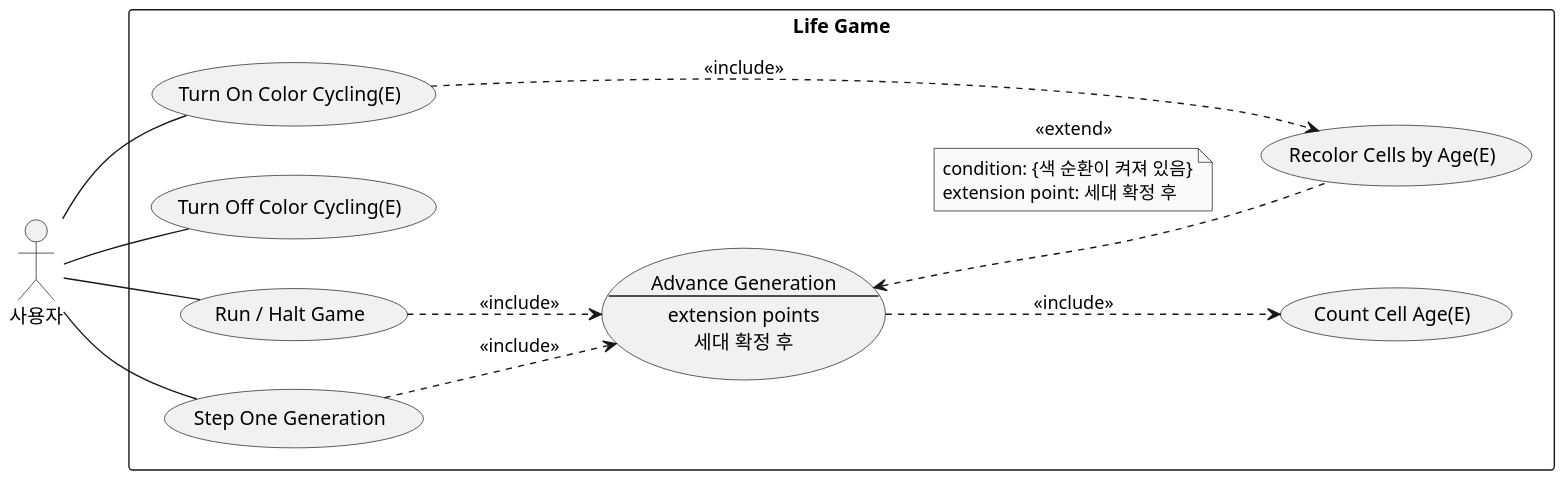
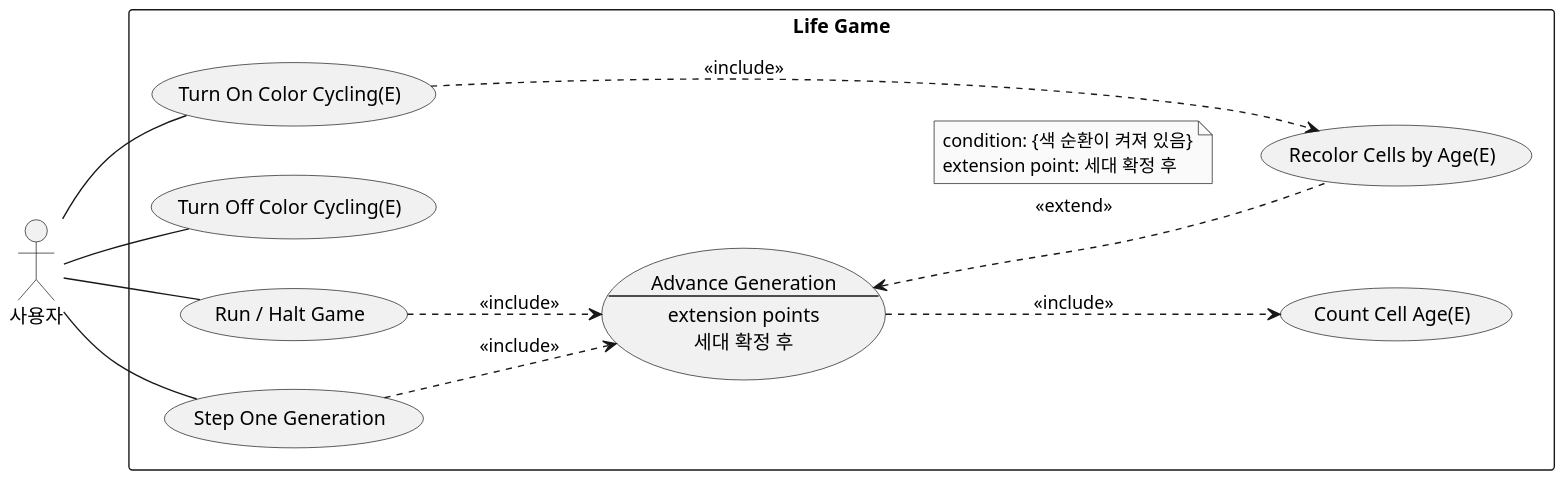
Before and after one commit to mckimR1972/DP_team_project: the diagram in docs/color-gen/diagrams/usecase-color.puml, drawn with PlantUML. The commit also changed 2 other files, not shown here.

Commit message:
docs: 유스케이스 대체 시나리오와 메뉴 이름, 상태 다이어그램 설명을 코드에 맞추고 Freezing과 블록, 활성 블록, 틱 같은 용어를 처음 나오는 곳에서 풀며 유스케이스 그림의 extend 조건 노트 위치를 고침

```diff
--- a/docs/color-gen/diagrams/usecase-color.puml
+++ b/docs/color-gen/diagrams/usecase-color.puml
@@ -1,40 +1,40 @@
 @startuml usecase-color
 skinparam monochrome true
 skinparam dpi 150
 skinparam shadowing false
 skinparam defaultFontName "Malgun Gothic"
 skinparam usecaseBackgroundColor #F1F1F1
 left to right direction
 
 actor "사용자" as User
 
 rectangle "Life Game" {
   usecase "Turn On Color Cycling(E)" as On
   usecase "Turn Off Color Cycling(E)" as Off
   usecase "Run / Halt Game" as Run
   usecase "Step One Generation" as Step
 
   usecase Advance as "Advance Generation
 --
 extension points
 세대 확정 후"
 
   usecase "Recolor Cells by Age(E)" as Recolor
   usecase "Count Cell Age(E)" as Count
 }
 
 User -- On
 User -- Off
 User -- Run
 User -- Step
 
 On ...> Recolor : <<include>>
 Run ..> Advance : <<include>>
 Step ..> Advance : <<include>>
 Advance <.. Recolor : <<extend>>
-note on link
+note top on link
   condition: {색 순환이 켜져 있음}
   extension point: 세대 확정 후
 end note
 Advance ..> Count : <<include>>
 @enduml
```
